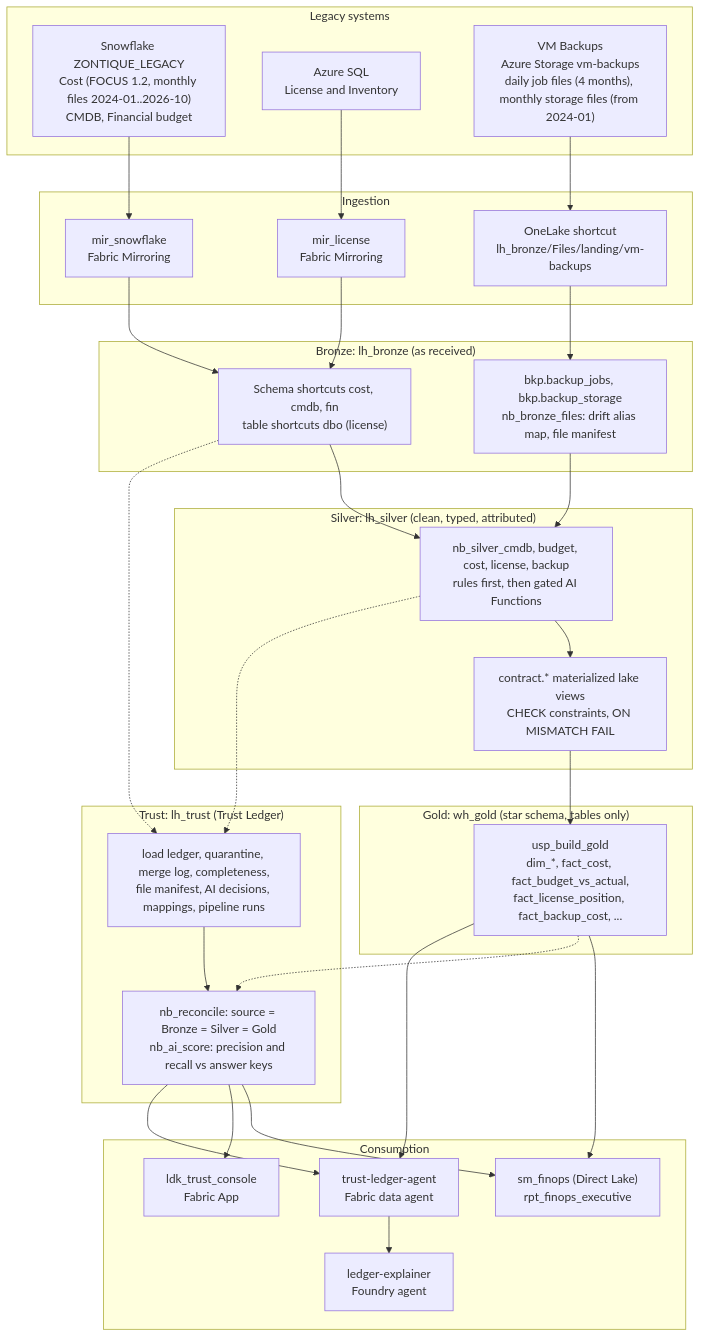
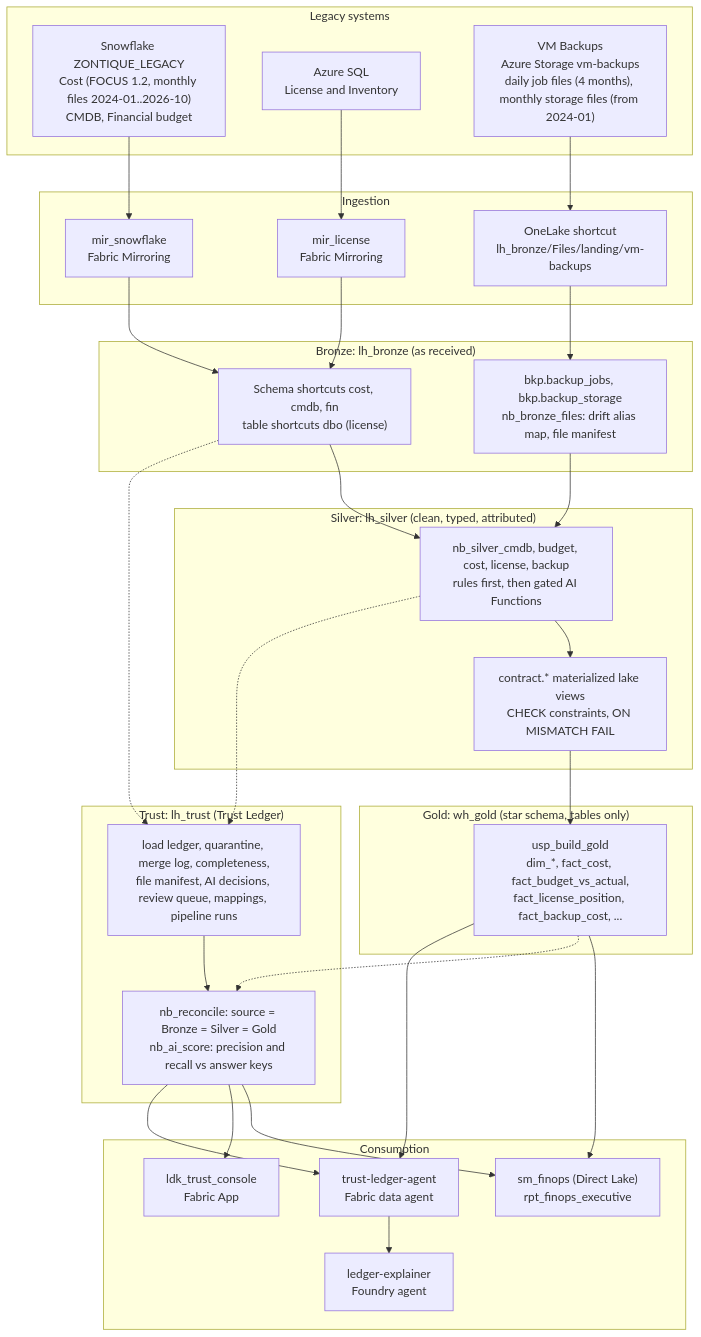
One commit to vardges-16/legacy-defuse-kit changed the diagram in docs/architecture.md. Above: the diagram before and after it, drawn with Mermaid. The commit also changed other lines of this file and 6 other files, not shown here.

````diff
--- a/docs/architecture.md
+++ b/docs/architecture.md
@@ -7,47 +7,47 @@
 ```mermaid
 flowchart TB
   subgraph SRC["Legacy systems"]
     SF["Snowflake ZONTIQUE_LEGACY<br/>Cost (FOCUS 1.2, monthly files 2024-01..2026-10)<br/>CMDB, Financial budget"]
     SQL["Azure SQL<br/>License and Inventory"]
     CSV["VM Backups<br/>Azure Storage vm-backups<br/>daily job files (4 months), monthly storage files (from 2024-01)"]
   end
   subgraph ING["Ingestion"]
     M1["mir_snowflake<br/>Fabric Mirroring"]
     M2["mir_license<br/>Fabric Mirroring"]
     UP["OneLake shortcut<br/>lh_bronze/Files/landing/vm-backups"]
   end
   subgraph BRZ["Bronze: lh_bronze (as received)"]
     B1["Schema shortcuts cost, cmdb, fin<br/>table shortcuts dbo (license)"]
     B2["bkp.backup_jobs, bkp.backup_storage<br/>nb_bronze_files: drift alias map, file manifest"]
   end
   subgraph SLV["Silver: lh_silver (clean, typed, attributed)"]
     S1["nb_silver_cmdb, budget, cost, license, backup<br/>rules first, then gated AI Functions"]
     S2["contract.* materialized lake views<br/>CHECK constraints, ON MISMATCH FAIL"]
   end
   subgraph GLD["Gold: wh_gold (star schema, tables only)"]
     G1["usp_build_gold<br/>dim_*, fact_cost, fact_budget_vs_actual,<br/>fact_license_position, fact_backup_cost, ..."]
   end
   subgraph TRU["Trust: lh_trust (Trust Ledger)"]
-    T1["load ledger, quarantine, merge log, completeness,<br/>file manifest, AI decisions, mappings, pipeline runs"]
+    T1["load ledger, quarantine, merge log, completeness,<br/>file manifest, AI decisions, review queue, mappings, pipeline runs"]
     T2["nb_reconcile: source = Bronze = Silver = Gold<br/>nb_ai_score: precision and recall vs answer keys"]
   end
   subgraph OUT["Consumption"]
     R1["sm_finops (Direct Lake)<br/>rpt_finops_executive"]
     APP["ldk_trust_console<br/>Fabric App"]
     DA["trust-ledger-agent<br/>Fabric data agent"]
     FA["ledger-explainer<br/>Foundry agent"]
   end
   SF --> M1 --> B1
   SQL --> M2 --> B1
   CSV --> UP --> B2
   B1 --> S1
   B2 --> S1
   S1 --> S2 --> G1 --> R1
   B1 -.-> T1
   S1 -.-> T1
   G1 -.-> T2
   T1 --> T2 --> R1
   T2 --> APP
   T2 --> DA
   G1 --> DA --> FA
 ```
````
